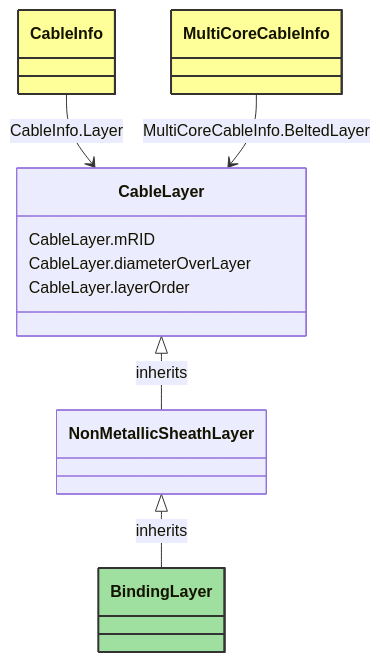
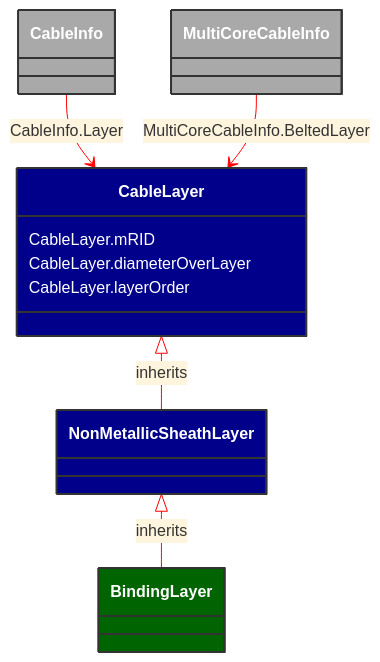
Before and after one commit to 3lbits/NoCIMExtensions: the diagram in docs/Models/Profiles/SubseaCableInfo/ConcreteClasses/BindingLayer.md, drawn with Mermaid. The commit also changed 58 other files, not shown here.

````diff
--- a/docs/Models/Profiles/SubseaCableInfo/ConcreteClasses/BindingLayer.md
+++ b/docs/Models/Profiles/SubseaCableInfo/ConcreteClasses/BindingLayer.md
@@ -8,36 +8,37 @@
 ```mermaid
+%%{init: {'theme':'base','themeVariables': {'lineColor': '#FF0000'}}}%%
 classDiagram
     class BindingLayer
     click BindingLayer href "/Models/Profiles/SubseaCableInfo/ConcreteClasses/BindingLayer/"
-    style BindingLayer fill:#9fdf9f,stroke:#333,stroke-width:2px,rx:10,ry:10
+    style BindingLayer fill:#006400,stroke:#333,stroke-width:2px,rx:10,ry:10,color:white
 
         NonMetallicSheathLayer <|-- BindingLayer : inherits
             click NonMetallicSheathLayer href "/Models/Profiles/SubseaCableInfo/ConcreteClasses/NonMetallicSheathLayer/"
-            style NonMetallicSheathLayer rx:10,ry:10
+            style NonMetallicSheathLayer fill:#00008B,stroke:#333,stroke-width:2px,rx:10,ry:10,color:white
 
         BindingLayer
             click BindingLayer href "/Models/Profiles/SubseaCableInfo/ConcreteClasses/BindingLayer/"
-            style BindingLayer rx:10,ry:10
+            style NonMetallicSheathLayer fill:#00008B,stroke:#333,stroke-width:2px,rx:10,ry:10,color:white
 
         CableLayer <|-- NonMetallicSheathLayer : inherits
             click CableLayer href "/Models/Profiles/SubseaCableInfo/AbstractClasses/CableLayer/"
-            style CableLayer rx:10,ry:10
+            style CableLayer fill:#00008B,stroke:#333,stroke-width:2px,rx:10,ry:10,color:white
 
 
         CableInfo --> CableLayer : CableInfo.Layer
 
         CableInfo
             click CableInfo href "/Models/Profiles/SubseaCableInfo/ConcreteClasses/CableInfo/"
-            style CableInfo fill:#ffff99,stroke:#333,stroke-width:2px,rx:10,ry:10
+            style CableInfo fill:#A9A9A9,stroke:#333,stroke-width:2px,rx:10,ry:10,color:white
 
         MultiCoreCableInfo --> CableLayer : MultiCoreCableInfo.BeltedLayer
 
         MultiCoreCableInfo
             click MultiCoreCableInfo href "/Models/Profiles/SubseaCableInfo/ConcreteClasses/MultiCoreCableInfo/"
-            style MultiCoreCableInfo fill:#ffff99,stroke:#333,stroke-width:2px,rx:10,ry:10
+            style MultiCoreCableInfo fill:#A9A9A9,stroke:#333,stroke-width:2px,rx:10,ry:10,color:white
 
 
         CableLayer : CableLayer.mRID
         CableLayer : CableLayer.diameterOverLayer
         CableLayer : CableLayer.layerOrder
 ```
````
